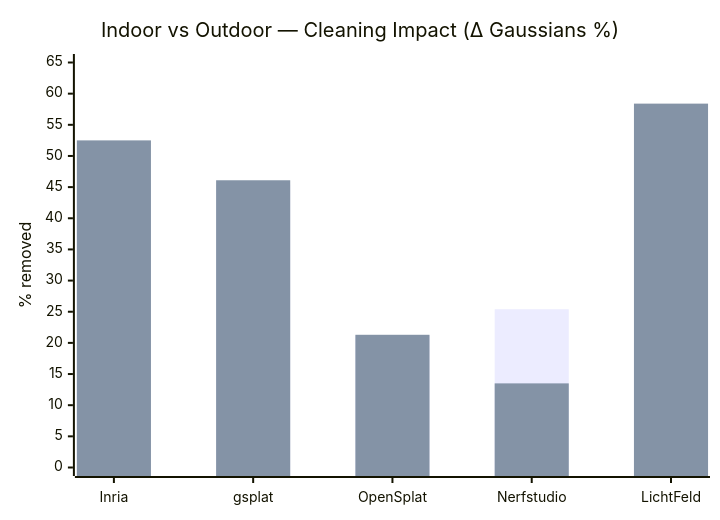
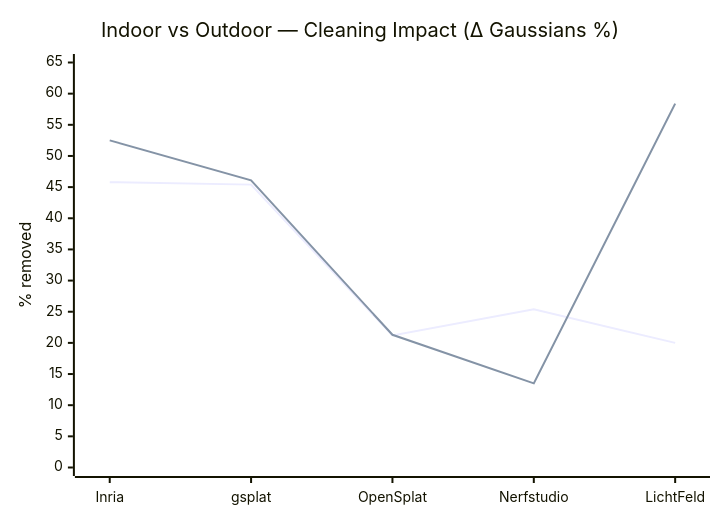
Before and after one commit to CGVGroup/gaussian-splatting-tools-comparison: the third of 3 diagrams in benchmark/indoor-vs-outdoor.md, drawn with Mermaid. The commit also changed other lines of this file, not shown here.

````diff
--- a/benchmark/indoor-vs-outdoor.md
+++ b/benchmark/indoor-vs-outdoor.md
@@ -174,8 +179,8 @@
 ```mermaid
 xychart-beta
     title "Indoor vs Outdoor — Cleaning Impact (Δ Gaussians %)"
     x-axis ["Inria","gsplat","OpenSplat","Nerfstudio","LichtFeld"]
     y-axis "% removed" 0 --> 65
-    bar [45.8,45.4,21.2,25.4,20.0]
-    bar [52.5,46.1,21.3,13.5,58.4]
+    line [45.8,45.4,21.2,25.4,20.0]
+    line [52.5,46.1,21.3,13.5,58.4]
 ```
````
